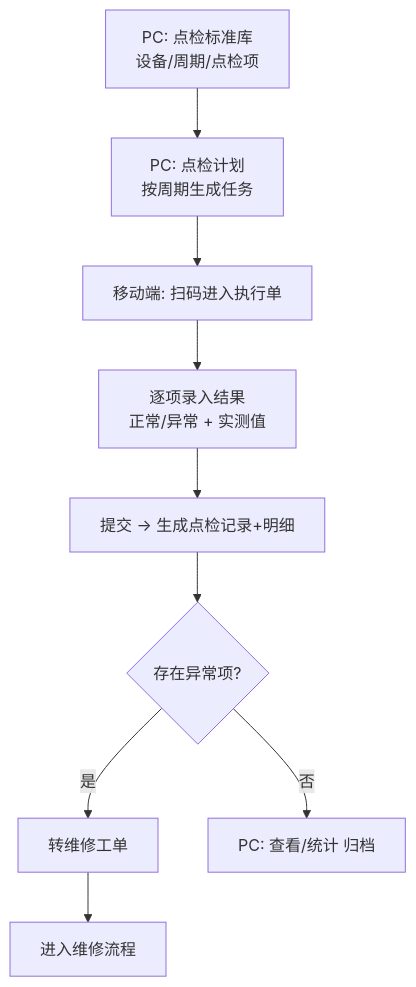
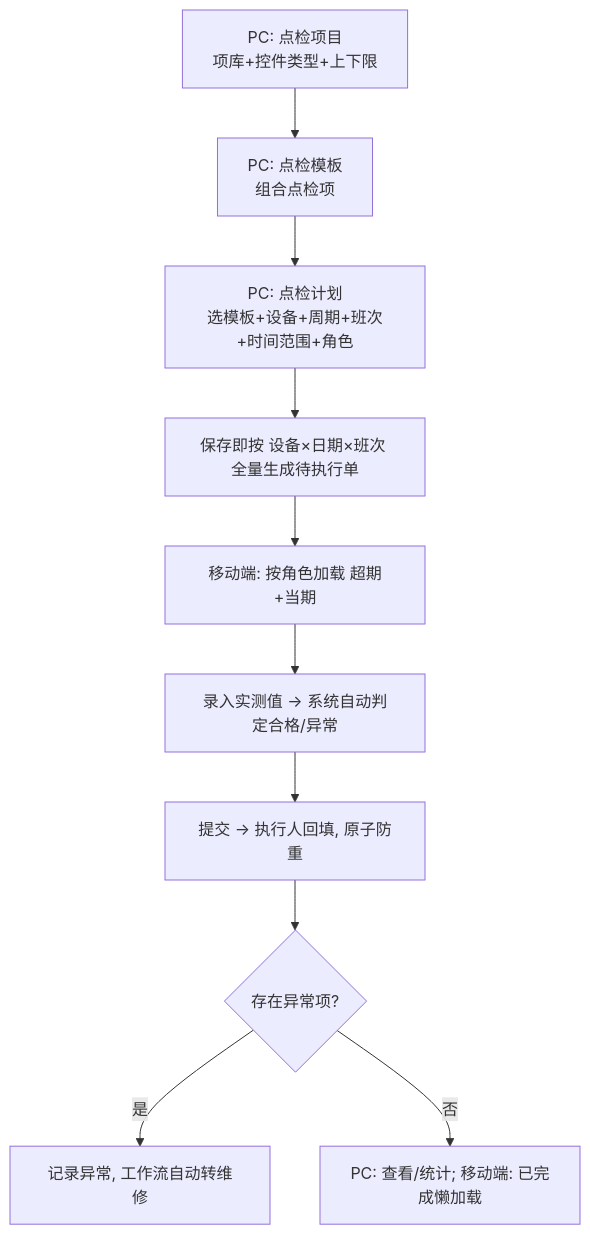
The second of 4 diagrams in 点检-维修-保养-操作流程.md (mli2025/TPM-layui), drawn with Mermaid before and after one commit. The commit also changed other lines of this file and 12 other files, not shown here.

First line of the commit message:
feat(inspect): revert to template-based inspection flow

````diff
--- a/点检-维修-保养-操作流程.md
+++ b/点检-维修-保养-操作流程.md
@@ -44,11 +46,12 @@
 ```mermaid
 flowchart TD
-    S1[PC: 点检标准库<br/>设备/周期/点检项] --> S2[PC: 点检计划<br/>按周期生成任务]
-    S2 --> S3[移动端: 扫码进入执行单]
-    S3 --> S4[逐项录入结果<br/>正常/异常 + 实测值]
-    S4 --> S5[提交 → 生成点检记录+明细]
-    S5 --> S6{存在异常项?}
-    S6 -- 是 --> S7[转维修工单]
-    S6 -- 否 --> S8[PC: 查看/统计 归档]
-    S7 --> R0[进入维修流程]
+    I1[PC: 点检项目<br/>项库+控件类型+上下限] --> I2[PC: 点检模板<br/>组合点检项]
+    I2 --> S2[PC: 点检计划<br/>选模板+设备+周期+班次+时间范围+角色]
+    S2 --> S3[保存即按 设备×日期×班次 全量生成待执行单]
+    S3 --> S4[移动端: 按角色加载 超期+当期]
+    S4 --> S5[录入实测值 → 系统自动判定合格/异常]
+    S5 --> S6[提交 → 执行人回填, 原子防重]
+    S6 --> S7{存在异常项?}
+    S7 -- 是 --> S8[记录异常, 工作流自动转维修]
+    S7 -- 否 --> S9[PC: 查看/统计; 移动端: 已完成懒加载]
 ```
````
